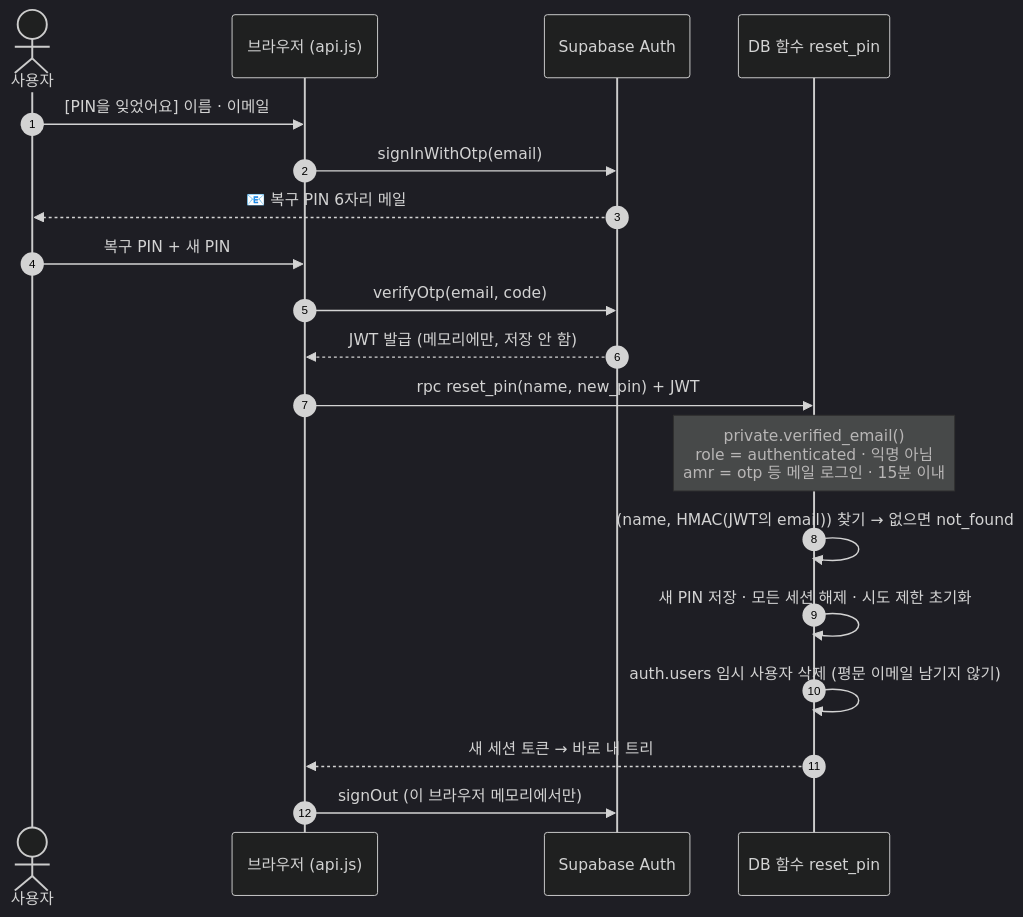
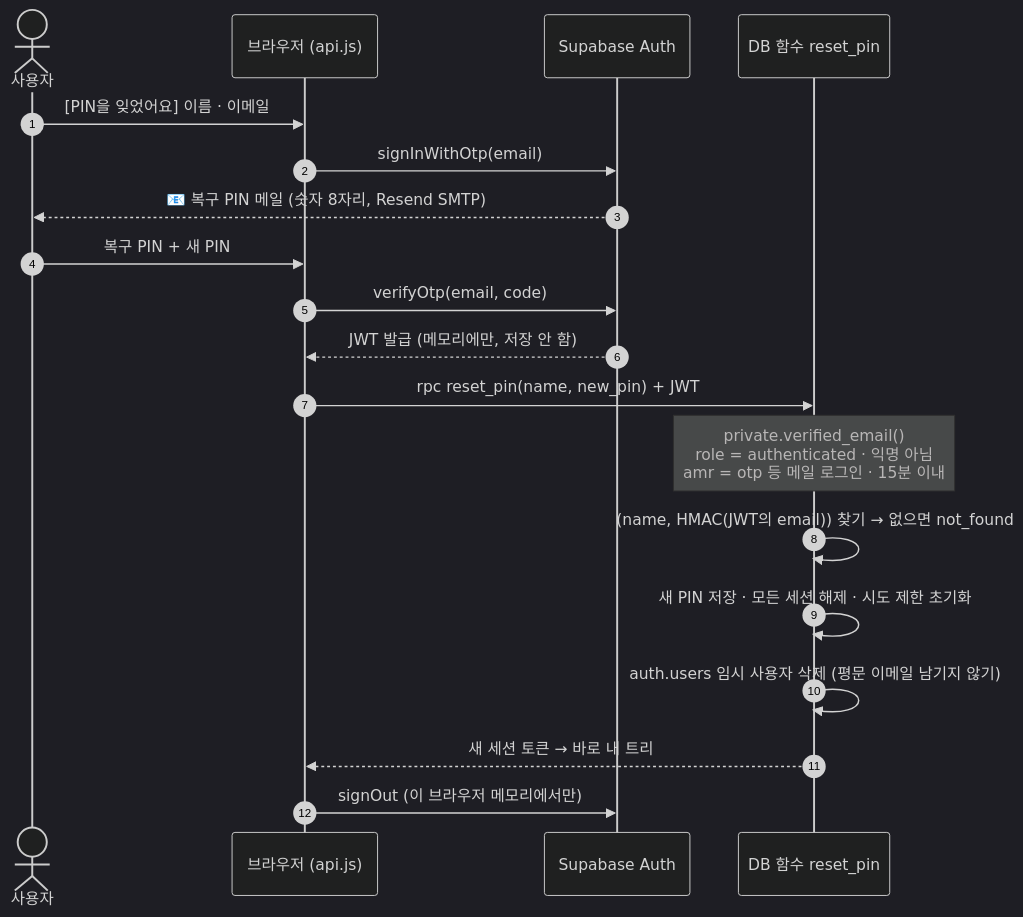
The fourth of 9 diagrams in docs/ARCHITECTURE.md (dae-won-kim/code-christmas-tree), drawn with Mermaid (dark theme) before and after one commit. The commit also changed 9 other files, not shown here.

First line of the commit message:
web: 복구 PIN 자리수 안내를 길이 무관 문구로 (운영 8자리) · 문서에 Resend 복구 확인 반영

````diff
--- a/docs/ARCHITECTURE.md
+++ b/docs/ARCHITECTURE.md
@@ -123,21 +123,21 @@
 ```mermaid
 sequenceDiagram
   autonumber
   actor U as 사용자
   participant B as 브라우저 (api.js)
   participant A as Supabase Auth
   participant D as DB 함수 reset_pin
   U->>B: [PIN을 잊었어요] 이름 · 이메일
   B->>A: signInWithOtp(email)
-  A-->>U: 📧 복구 PIN 6자리 메일
+  A-->>U: 📧 복구 PIN 메일 (숫자 8자리, Resend SMTP)
   U->>B: 복구 PIN + 새 PIN
   B->>A: verifyOtp(email, code)
   A-->>B: JWT 발급 (메모리에만, 저장 안 함)
   B->>D: rpc reset_pin(name, new_pin) + JWT
   Note over D: private.verified_email()<br/>role = authenticated · 익명 아님<br/>amr = otp 등 메일 로그인 · 15분 이내
   D->>D: (name, HMAC(JWT의 email)) 찾기 → 없으면 not_found
   D->>D: 새 PIN 저장 · 모든 세션 해제 · 시도 제한 초기화
   D->>D: auth.users 임시 사용자 삭제 (평문 이메일 남기지 않기)
   D-->>B: 새 세션 토큰 → 바로 내 트리
   B->>A: signOut (이 브라우저 메모리에서만)
 ```
````
